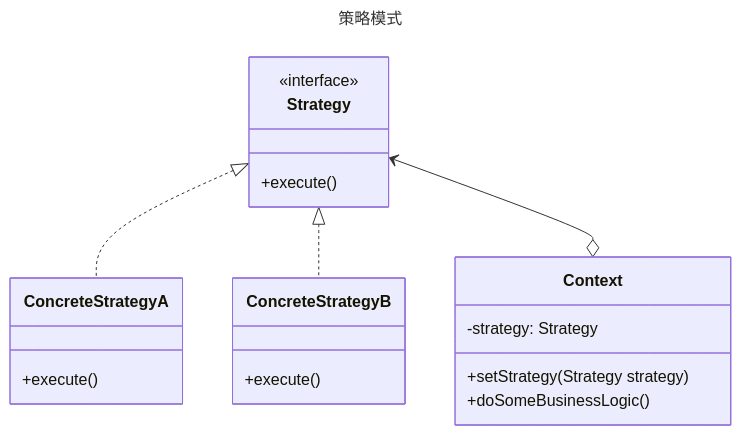
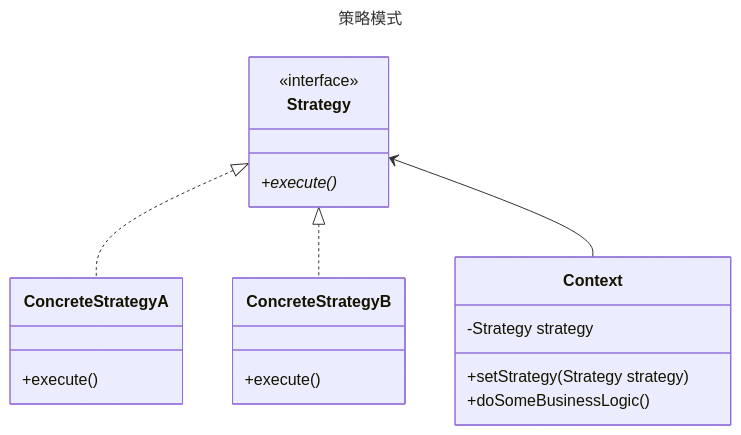
Before and after one commit to fengyun89/typescript-design-patterns: the diagram in strategy/README.md, drawn with Mermaid. The commit also changed 17 other files, not shown here.

````diff
--- a/strategy/README.md
+++ b/strategy/README.md
@@ -1,24 +1,24 @@
 ```mermaid
 ---
 title: 策略模式
 ---
 classDiagram
     class Strategy {
         <<interface>>
-        +execute()
+        +execute()*
     }
     class ConcreteStrategyA {
         +execute()
     }
     class ConcreteStrategyB {
         +execute()
     }
     class Context {
-        -strategy: Strategy
+        -Strategy strategy
         +setStrategy(Strategy strategy)
         +doSomeBusinessLogic()
     }
-    Strategy <|.. ConcreteStrategyA 
+    Strategy <|.. ConcreteStrategyA
     Strategy <|.. ConcreteStrategyB 
-    Strategy <--o Context 
+    Strategy <-- Context
 ```
````
